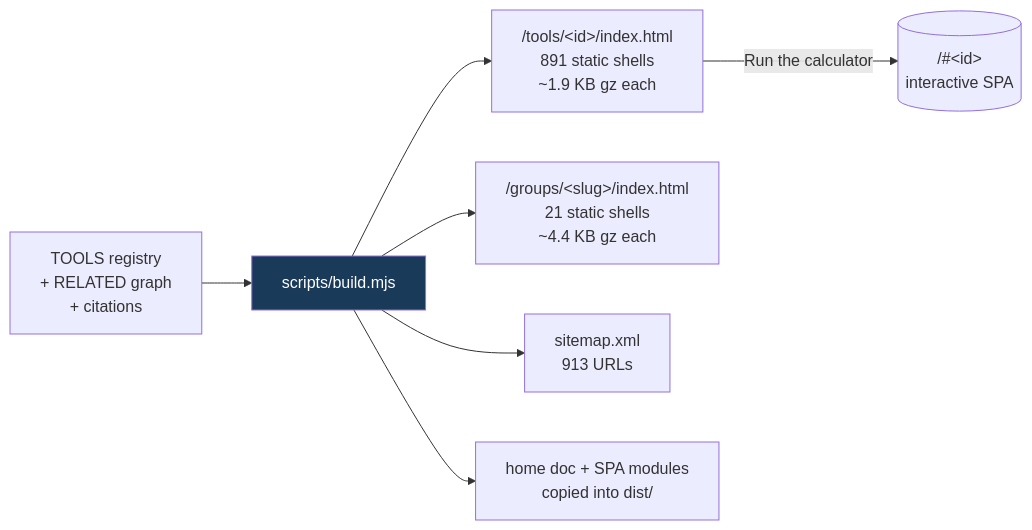
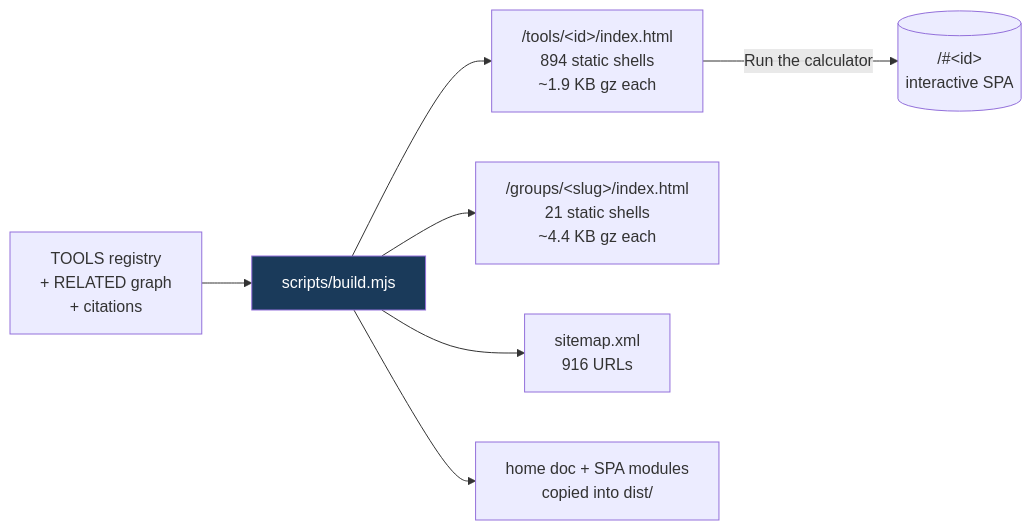
One commit to clay-good/roughlogic.com changed the fifth of 8 diagrams in README.md. Above: the diagram before and after it, drawn with Mermaid. The commit also changed other lines of this file and 20 other files, not shown here.

````diff
--- a/README.md
+++ b/README.md
@@ -495,10 +495,10 @@
 ```mermaid
 flowchart LR
     SRC[TOOLS registry\n+ RELATED graph\n+ citations] --> BUILD[scripts/build.mjs]
-    BUILD --> TILE["/tools/&lt;id&gt;/index.html\n891 static shells\n~1.9 KB gz each"]
+    BUILD --> TILE["/tools/&lt;id&gt;/index.html\n894 static shells\n~1.9 KB gz each"]
     BUILD --> GROUP["/groups/&lt;slug&gt;/index.html\n21 static shells\n~4.4 KB gz each"]
-    BUILD --> MAP["sitemap.xml\n913 URLs"]
+    BUILD --> MAP["sitemap.xml\n916 URLs"]
     BUILD --> COPY[home doc + SPA modules\ncopied into dist/]
     TILE -->|Run the calculator| SPA[("/#&lt;id&gt;\ninteractive SPA")]
     style BUILD fill:#1a3a5a,color:#fff
 ```
````
